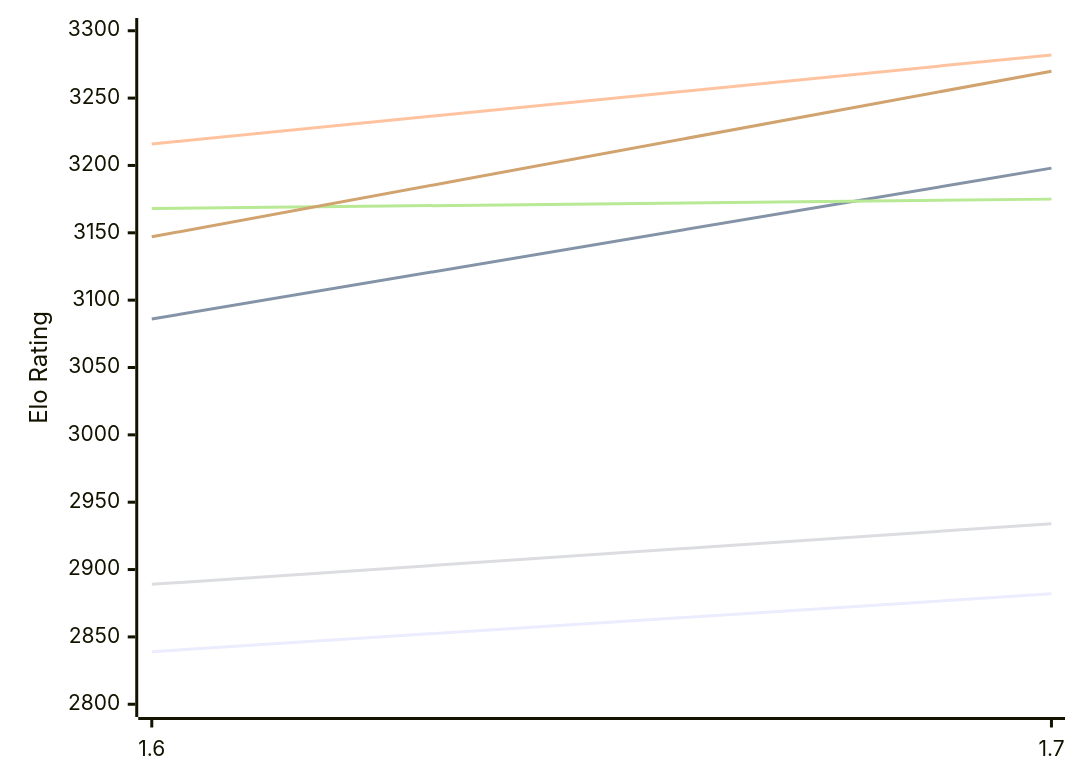
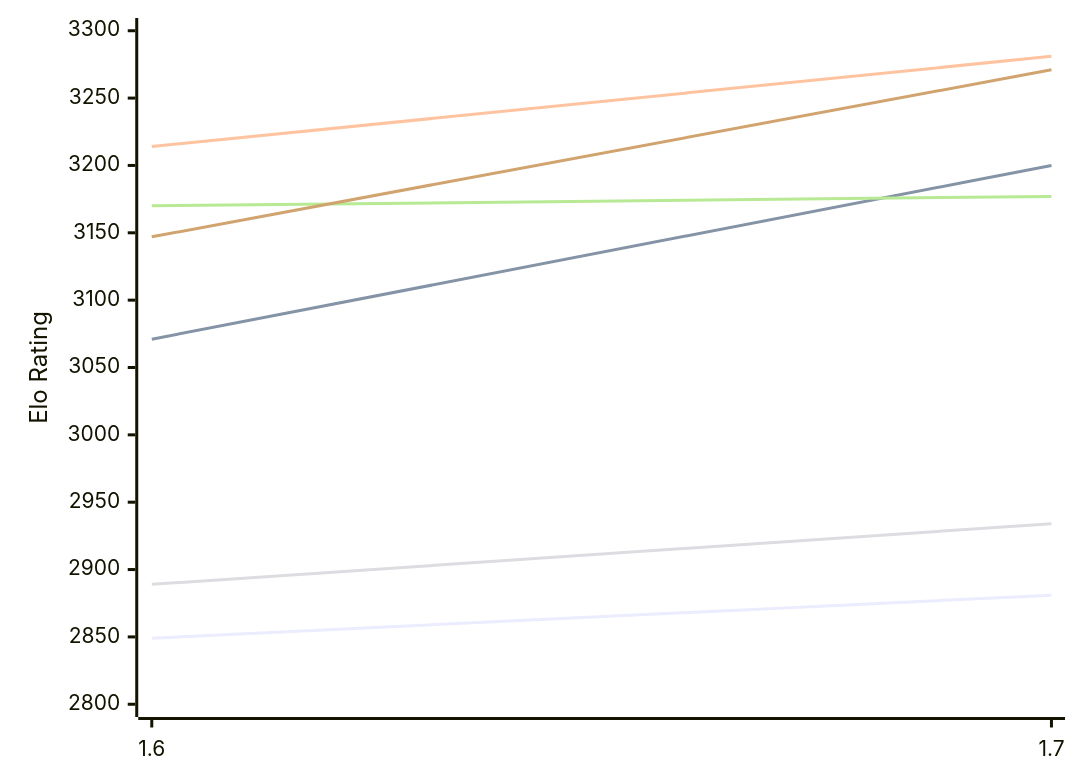
The first of 2 diagrams in engines/Bitbit.md (computer-chess-index/cci), drawn with Mermaid before and after one commit. The commit also changed other lines of this file, not shown here.

Commit message:
Update CCI Ratings (ELO VLTC) - 2026-11-28

````diff
--- a/engines/Bitbit.md
+++ b/engines/Bitbit.md
@@ -50,12 +50,12 @@
 ```mermaid
 %%{init: {"theme":"base","themeVariables":{"seriesColors:['#a3a3a3','#222221','#faa371']}}}%%
 xychart-beta
   x-axis ["1.6", "1.7"]
   y-axis "Elo Rating" 2800 --> 3300
-  line "E1: STC (8.0+0.08s)" [2839, 2882]
-  line "E1: LTC (60.0+0.60s)" [3086, 3198]
-  line "E1: VLTC (2m24s+1.12s)" [3216, 3282]
+  line "E1: STC (8.0+0.08s)" [2849, 2881]
+  line "E1: LTC (60.0+0.60s)" [3071, 3200]
+  line "E1: VLTC (2m24s+1.12s)" [3214, 3281]
   line "P1: STC (8.0+0.08s)" [2889, 2934]
-  line "P1: LTC (60.0+0.60s)" [3168, 3175]
-  line "P1: VLTC (2m24s+1.12s)" [3147, 3270]
+  line "P1: LTC (60.0+0.60s)" [3170, 3177]
+  line "P1: VLTC (2m24s+1.12s)" [3147, 3271]
 ```
````
